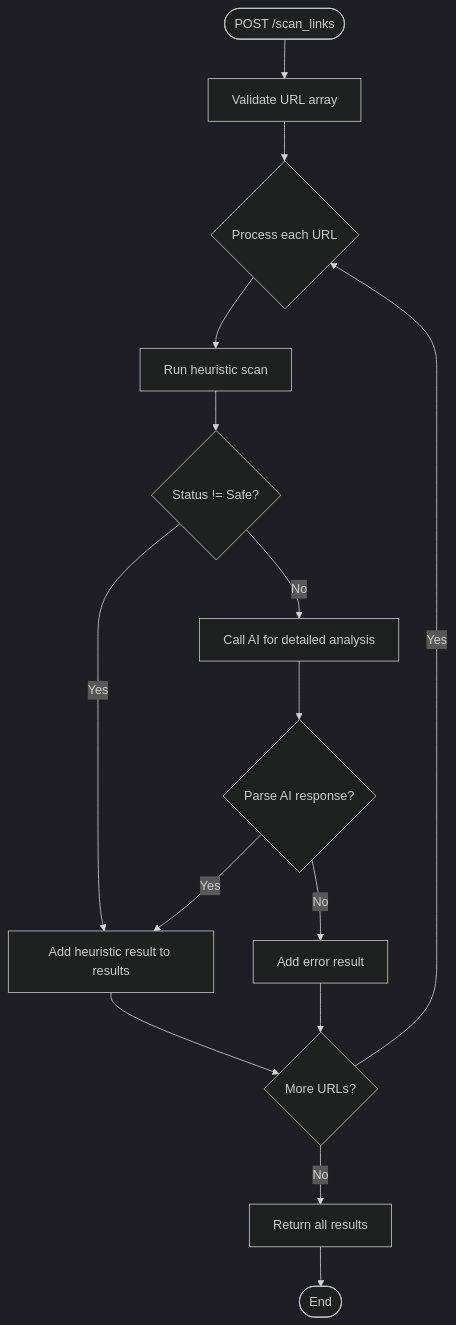
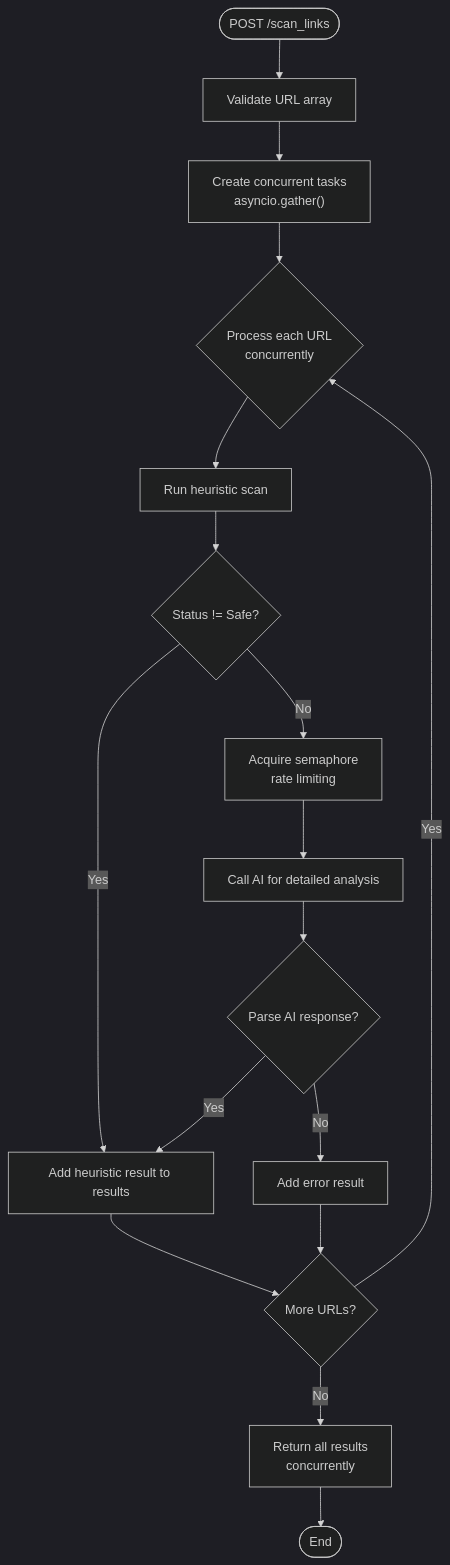
One commit to Aymanaahh/scrollguard-ai changed the fourth of 5 diagrams in .qoder/repowiki/en/content/Backend API Documentation.md. Above: the diagram before and after it, drawn with Mermaid (dark theme). The commit also changed other lines of this file and 18 other files, not shown here.

````diff
--- a/.qoder/repowiki/en/content/Backend API Documentation.md
+++ b/.qoder/repowiki/en/content/Backend API Documentation.md
@@ -274,17 +292,19 @@
 ```mermaid
 flowchart TD
 Start(["POST /scan_links"]) --> Validate["Validate URL array"]
-Validate --> Loop{"Process each URL"}
+Validate --> CreateTasks["Create concurrent tasks<br/>asyncio.gather()"]
+CreateTasks --> Loop{"Process each URL<br/>concurrently"}
 Loop --> Heuristic["Run heuristic scan"]
 Heuristic --> Check{"Status != Safe?"}
 Check --> |Yes| AddResult["Add heuristic result to results"]
-Check --> |No| CallLLM["Call AI for detailed analysis"]
+Check --> |No| Semaphore["Acquire semaphore<br/>rate limiting"]
+Semaphore --> CallLLM["Call AI for detailed analysis"]
 CallLLM --> Parse{"Parse AI response?"}
 Parse --> |Yes| AddResult
 Parse --> |No| AddError["Add error result"]
 AddResult --> NextURL{"More URLs?"}
 AddError --> NextURL
 NextURL --> |Yes| Loop
-NextURL --> |No| ReturnResults["Return all results"]
+NextURL --> |No| ReturnResults["Return all results<br/>concurrently"]
 ReturnResults --> End(["End"])
 ```
````
